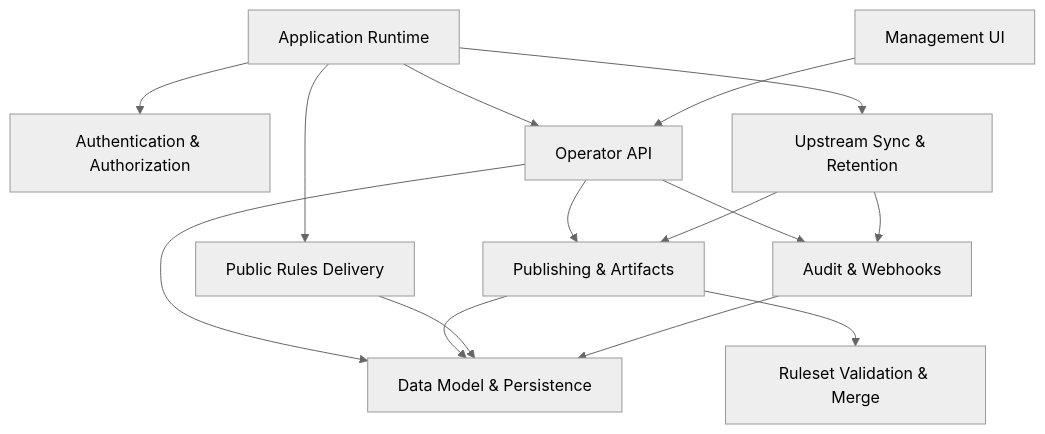
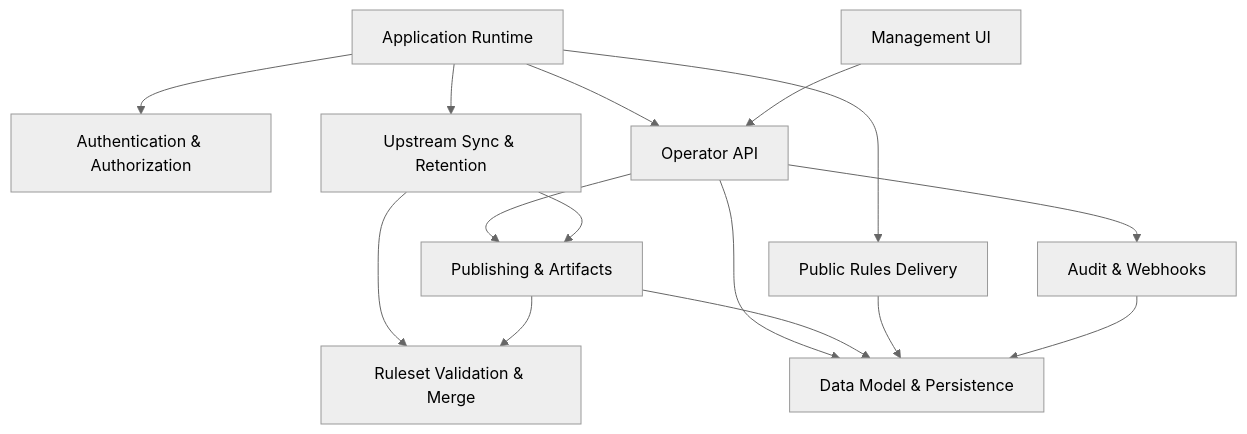
The diagram in docs/wiki/README.md (DailenG/CheckDeployManager), drawn with Mermaid (neutral theme) before and after one commit. The commit also changed other lines of this file and 12 other files, not shown here.

````diff
--- a/docs/wiki/README.md
+++ b/docs/wiki/README.md
@@ -16,19 +16,28 @@
 ```mermaid
 flowchart TD
-  Runtime[Application Runtime] --> Auth[Authentication & Authorization]
-  Runtime --> API[Operator API]
-  Runtime --> Public[Public Rules Delivery]
-  Runtime --> Scheduler[Upstream Sync & Retention]
+  Runtime[Application Runtime]
+  Auth[Authentication & Authorization]
+  UI[Management UI]
+  API[Operator API]
+  DB[Data Model & Persistence]
+  Validation[Ruleset Validation & Merge]
+  Publish[Publishing & Artifacts]
+  Sync[Upstream Sync & Retention]
+  Public[Public Rules Delivery]
+  Audit[Audit & Webhooks]
 
-  UI[Management UI] --> API
-  API --> Publish[Publishing & Artifacts]
-  API --> Data[Data Model & Persistence]
-  API --> Audit[Audit & Webhooks]
-
-  Scheduler --> Publish
-  Scheduler --> Audit
-  Publish --> Validate[Ruleset Validation & Merge]
-  Publish --> Data
-  Public --> Data
-  Audit --> Data
+  Runtime --> Auth
+  Runtime --> API
+  Runtime --> Public
+  Runtime --> Sync
+  UI --> API
+  API --> DB
+  API --> Publish
+  API --> Audit
+  Sync --> Validation
+  Sync --> Publish
+  Publish --> Validation
+  Publish --> DB
+  Public --> DB
+  Audit --> DB
 ```
````
